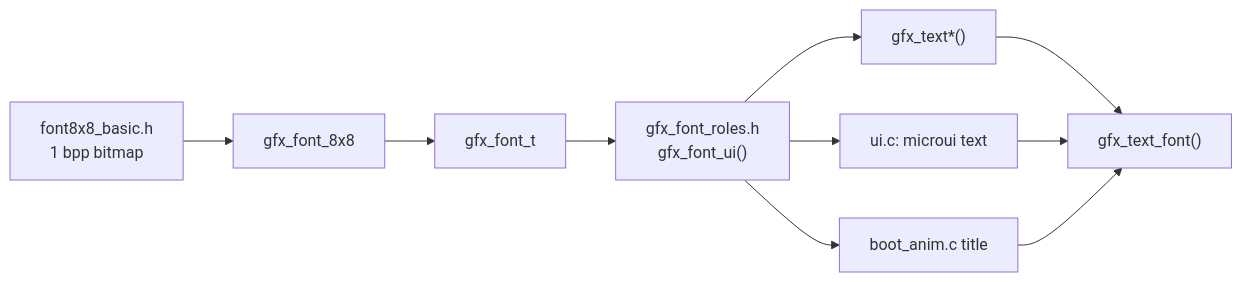
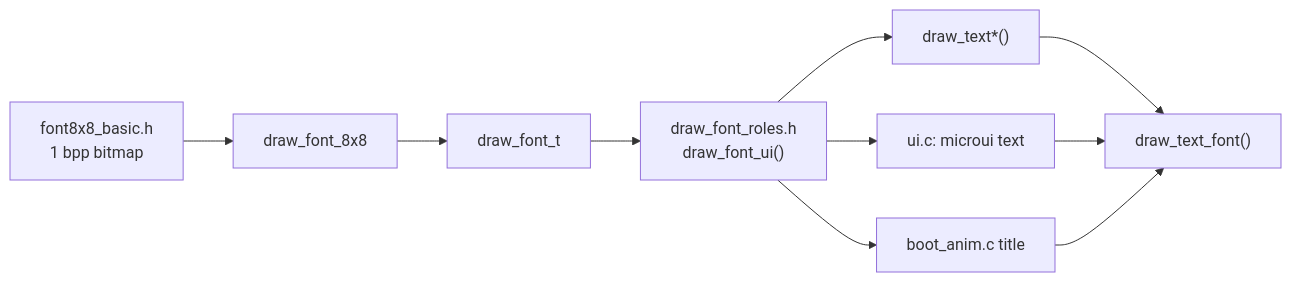
One commit to jose-villegas/autana changed the first of 2 diagrams in docs/Text-and-Fonts.md. Above: the diagram before and after it, drawn with Mermaid. The commit also changed 4 other files, not shown here.

Commit message:
draw: post report text and palette test fit the draw_ names; mark-dirty contract back in gfx.h

````diff
--- a/docs/Text-and-Fonts.md
+++ b/docs/Text-and-Fonts.md
@@ -12,12 +12,12 @@
 ```mermaid
 flowchart LR
-    BMP["font8x8_basic.h<br/>1 bpp bitmap"] --> F8["gfx_font_8x8"]
-    F8 --> DESC["gfx_font_t"]
-    DESC --> ROLE["gfx_font_roles.h<br/>gfx_font_ui()"]
-    ROLE --> GT["gfx_text*()"]
+    BMP["font8x8_basic.h<br/>1 bpp bitmap"] --> F8["draw_font_8x8"]
+    F8 --> DESC["draw_font_t"]
+    DESC --> ROLE["draw_font_roles.h<br/>draw_font_ui()"]
+    ROLE --> GT["draw_text*()"]
     ROLE --> UI["ui.c: microui text"]
     ROLE --> BOOT["boot_anim.c title"]
-    GT --> DRAW["gfx_text_font()"]
+    GT --> DRAW["draw_text_font()"]
     UI --> DRAW
     BOOT --> DRAW
 ```
````
